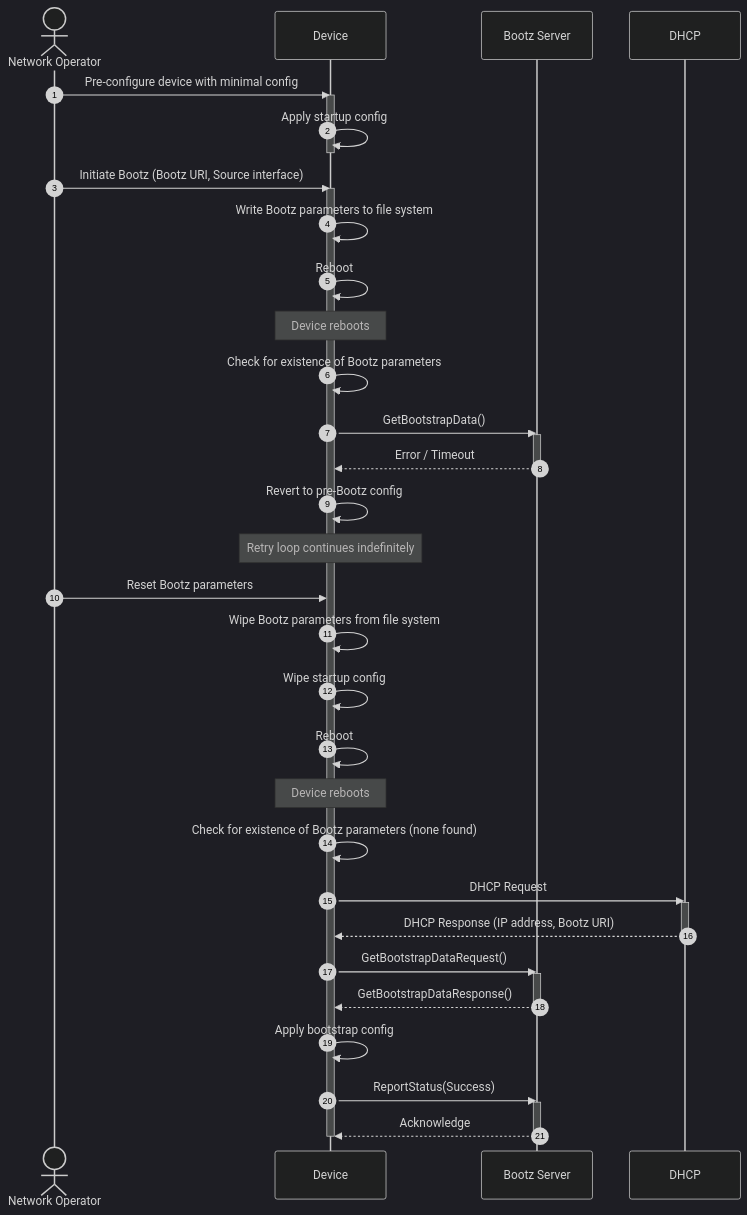
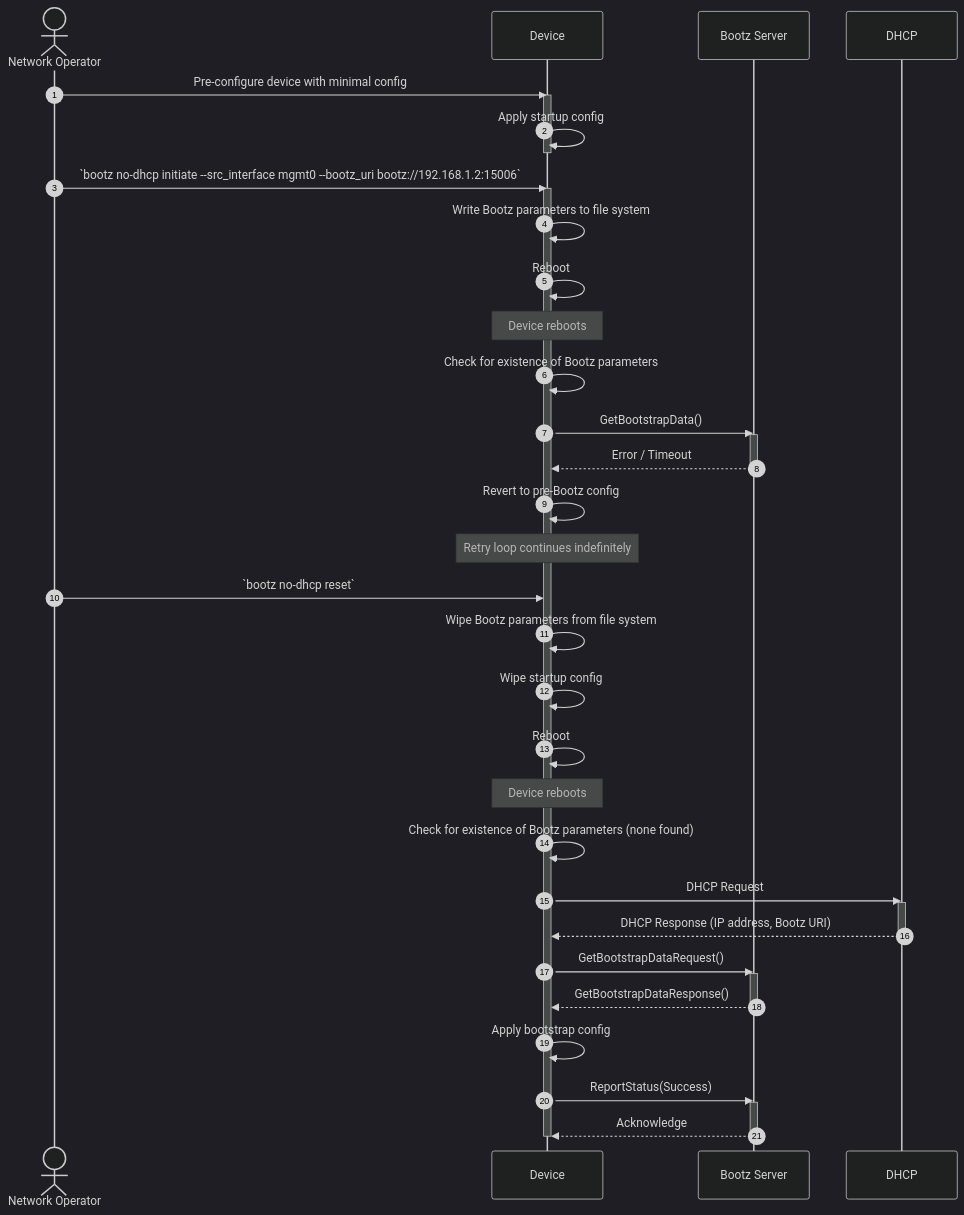
The third of 5 diagrams in README.md (openconfig/bootz), drawn with Mermaid (dark theme) before and after one commit. The commit also changed other lines of this file, not shown here.

Commit message:
Add explicit bootz terminate command and refactor CLi args

````diff
--- a/README.md
+++ b/README.md
@@ -936,48 +971,48 @@
 ```mermaid
 sequenceDiagram
     autonumber
     actor Operator as Network Operator
     participant Device
     participant Server as Bootz Server
     participant DHCP
 
     Operator->>Device: Pre-configure device with minimal config
     activate Device
     Device->>Device: Apply startup config
     deactivate Device
-    Operator->>Device: Initiate Bootz (Bootz URI, Source interface)
+    Operator->>Device: `bootz no-dhcp initiate --src_interface mgmt0 --bootz_uri bootz://192.168.1.2:15006`
     activate Device
     Device->>Device: Write Bootz parameters to file system
     Device->>Device: Reboot
     Note over Device: Device reboots
     Device->>Device: Check for existence of Bootz parameters
     Device->>Server: GetBootstrapData()
     activate Server
     Server-->>Device: Error / Timeout
     deactivate Server
     Device->>Device: Revert to pre-Bootz config
     Note over Device: Retry loop continues indefinitely
 
-    Operator->>Device: Reset Bootz parameters
+    Operator->>Device: `bootz no-dhcp reset`
     Device->>Device: Wipe Bootz parameters from file system
     Device->>Device: Wipe startup config
     Device->>Device: Reboot
     Note over Device: Device reboots
     Device->>Device: Check for existence of Bootz parameters (none found)
 
     Device->>DHCP: DHCP Request
     activate DHCP
     DHCP-->>Device: DHCP Response (IP address, Bootz URI)
     deactivate DHCP
 
     Device->>Server: GetBootstrapDataRequest()
     activate Server
     Server-->>Device: GetBootstrapDataResponse()
     deactivate Server
     Device->>Device: Apply bootstrap config
     Device->>Server: ReportStatus(Success)
     activate Server
     Server-->>Device: Acknowledge
     deactivate Server
     deactivate Device
 ```
````
